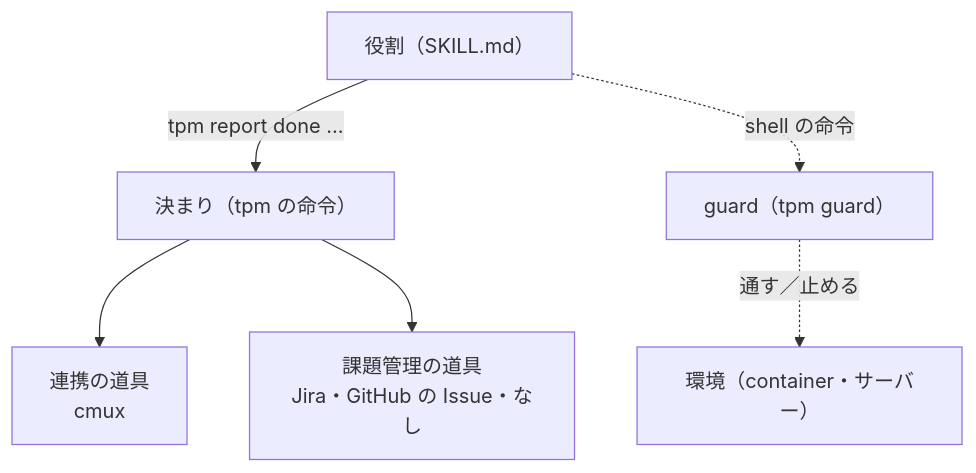
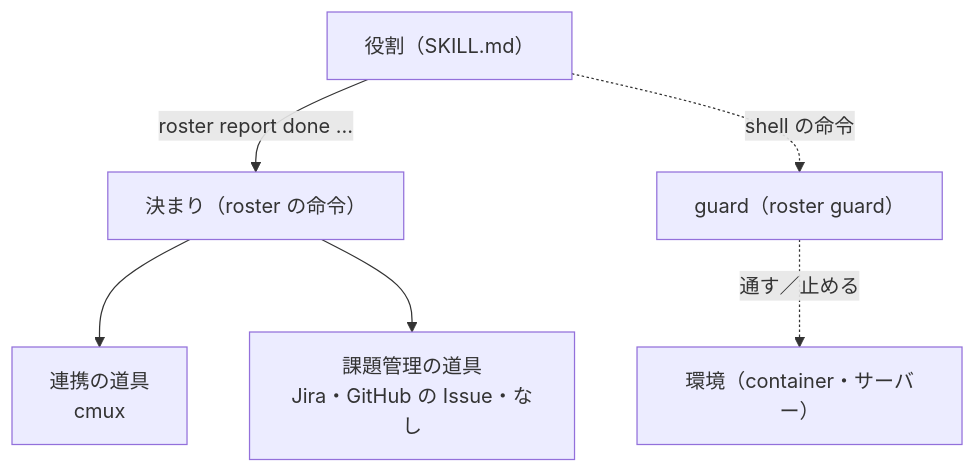
The first of 3 diagrams in docs-site/src/content/docs/protocol.md (uraitakahito/roster), drawn with Mermaid before and after one commit. The commit also changed other lines of this file and 110 other files, not shown here.

First line of the commit message:
feat: 道具の名を tpm から roster に替える（t-v28j）

````diff
--- a/docs-site/src/content/docs/protocol.md
+++ b/docs-site/src/content/docs/protocol.md
@@ -26,8 +26,8 @@
 ```mermaid
 flowchart TB
-  R["役割（SKILL.md）"] -->|"tpm report done …"| P["決まり（tpm の命令）"]
+  R["役割（SKILL.md）"] -->|"roster report done …"| P["決まり（roster の命令）"]
   P --> T["連携の道具<br/>cmux"]
   P --> K["課題管理の道具<br/>Jira・GitHub の Issue・なし"]
-  R -.->|"shell の命令"| G["guard（tpm guard）"]
+  R -.->|"shell の命令"| G["guard（roster guard）"]
   G -.->|"通す／止める"| E["環境（container・サーバー）"]
 ```
````
